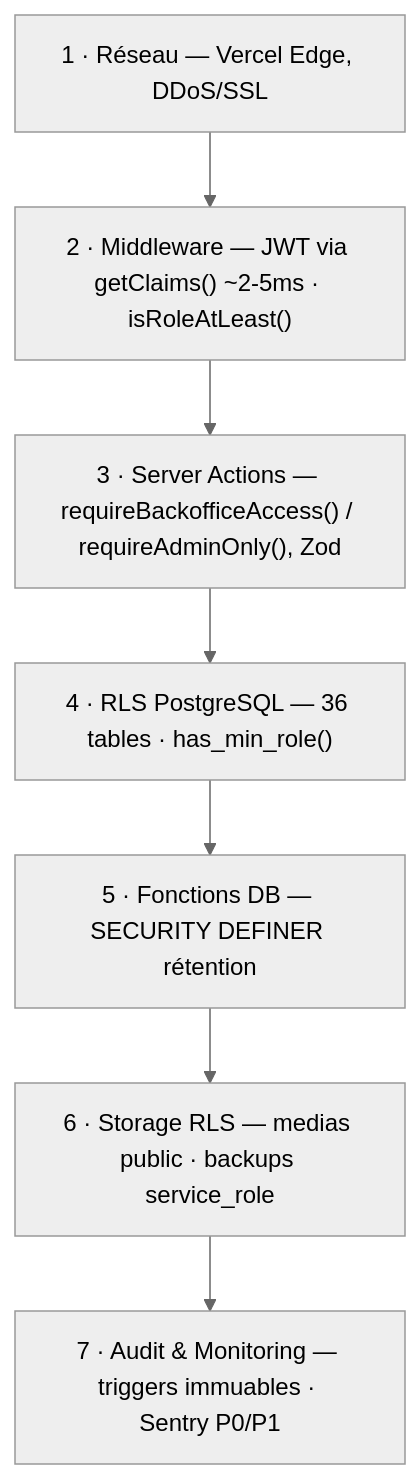
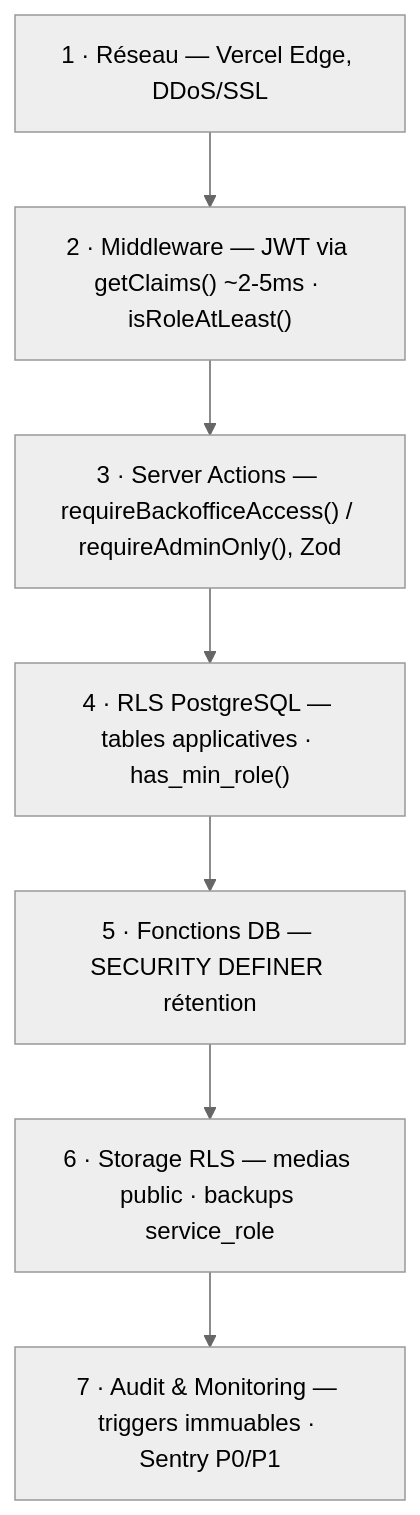
The second of 2 diagrams in README.md (YanBerdin/rougecardinalcompany), drawn with Mermaid (neutral theme) before and after one commit. The commit also changed other lines of this file and 5 other files, not shown here.

````diff
--- a/README.md
+++ b/README.md
@@ -97,12 +97,12 @@
 ```mermaid
 flowchart TB
   L1["1 · Réseau — Vercel Edge, DDoS/SSL"]
   L2["2 · Middleware — JWT via getClaims() ~2-5ms · isRoleAtLeast()"]
   L3["3 · Server Actions — requireBackofficeAccess() / requireAdminOnly(), Zod"]
-  L4["4 · RLS PostgreSQL — 36 tables · has_min_role()"]
+  L4["4 · RLS PostgreSQL — tables applicatives · has_min_role()"]
   L5["5 · Fonctions DB — SECURITY DEFINER rétention"]
   L6["6 · Storage RLS — medias public · backups service_role"]
   L7["7 · Audit & Monitoring — triggers immuables · Sentry P0/P1"]
 
   L1 --> L2 --> L3 --> L4 --> L5 --> L6 --> L7
 ```
````
